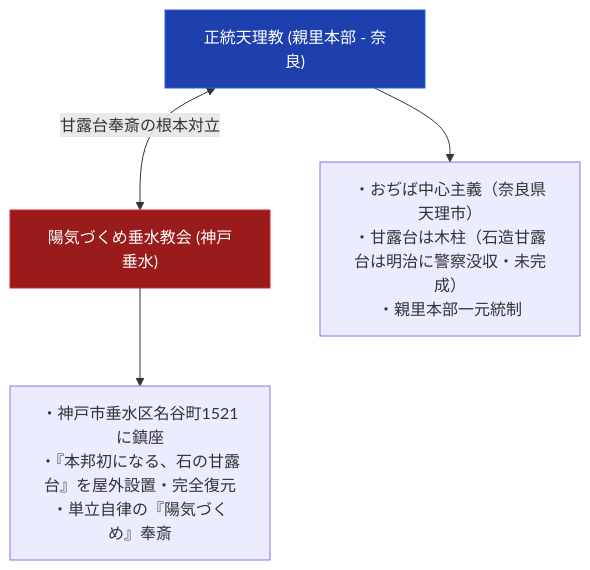
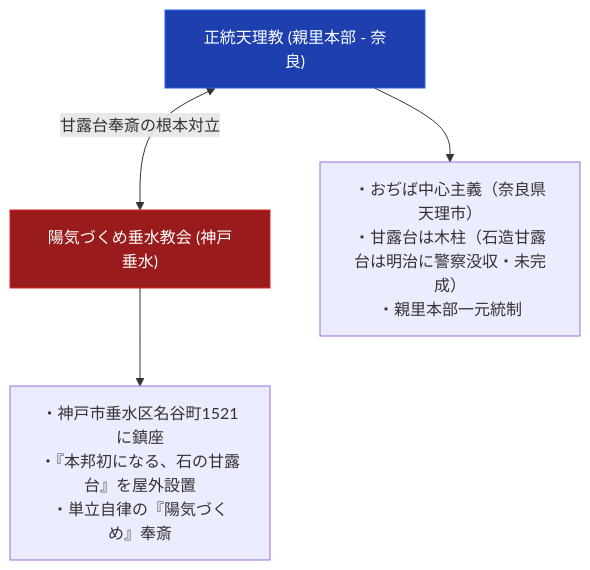
The diagram in content/01_宗派・異端研究/01_天理教系/陽気づくめ垂水教会.md (iida-masashi/religion-garden), drawn with Mermaid before and after one commit. The commit also changed other lines of this file and 251 other files, not shown here.

````diff
--- a/content/01_宗派・異端研究/01_天理教系/陽気づくめ垂水教会.md
+++ b/content/01_宗派・異端研究/01_天理教系/陽気づくめ垂水教会.md
@@ -32,10 +32,10 @@
 ```mermaid
 graph TD
     A["<div style='color:#ffffff;'>正統天理教 (親里本部 - 奈良)</div>"] <-->|"甘露台奉斎の根本対立"| B["<div style='color:#ffffff;'>陽気づくめ垂水教会 (神戸垂水)</div>"]
     
     A --> A1["・おぢば中心主義（奈良県天理市）<br>・甘露台は木柱（石造甘露台は明治に警察没収・未完成）<br>・親里本部一元統制"]
-    B --> B1["・神戸市垂水区名谷町1521に鎮座<br>・『本邦初になる、石の甘露台』を屋外設置・完全復元<br>・単立自律の『陽気づくめ』奉斎"]
+    B --> B1["・神戸市垂水区名谷町1521に鎮座<br>・『本邦初になる、石の甘露台』を屋外設置<br>・単立自律の『陽気づくめ』奉斎"]
     
     style A fill:#1e40af,stroke:#2563eb,color:#fff
     style B fill:#991b1b,stroke:#dc2626,color:#fff
 ```
````
